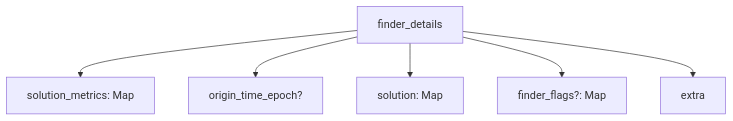
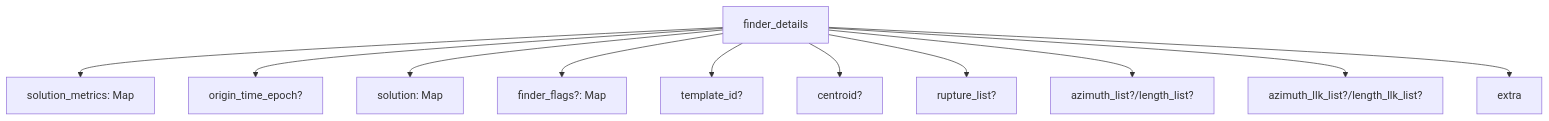
Before and after one commit to eewpw/eewpw-parser: the ninth of 10 diagrams in docs/schema_overview.md, drawn with Mermaid. The commit also changed other lines of this file and 5 other files, not shown here.

````diff
--- a/docs/schema_overview.md
+++ b/docs/schema_overview.md
@@ -126,8 +126,13 @@
 ```mermaid
 flowchart TD
     X[finder_details] --> X1[solution_metrics: Map<string, string>]
     X --> X2[origin_time_epoch?]
     X --> X3[solution: Map<string, string>]
     X --> X4[finder_flags?: Map<string, string>]
-    X --> X5[extra]
+    X --> X5[template_id?]
+    X --> X6[centroid?]
+    X --> X7[rupture_list?]
+    X --> X8[azimuth_list?/length_list?]
+    X --> X9[azimuth_llk_list?/length_llk_list?]
+    X --> X10[extra]
 ```
````
